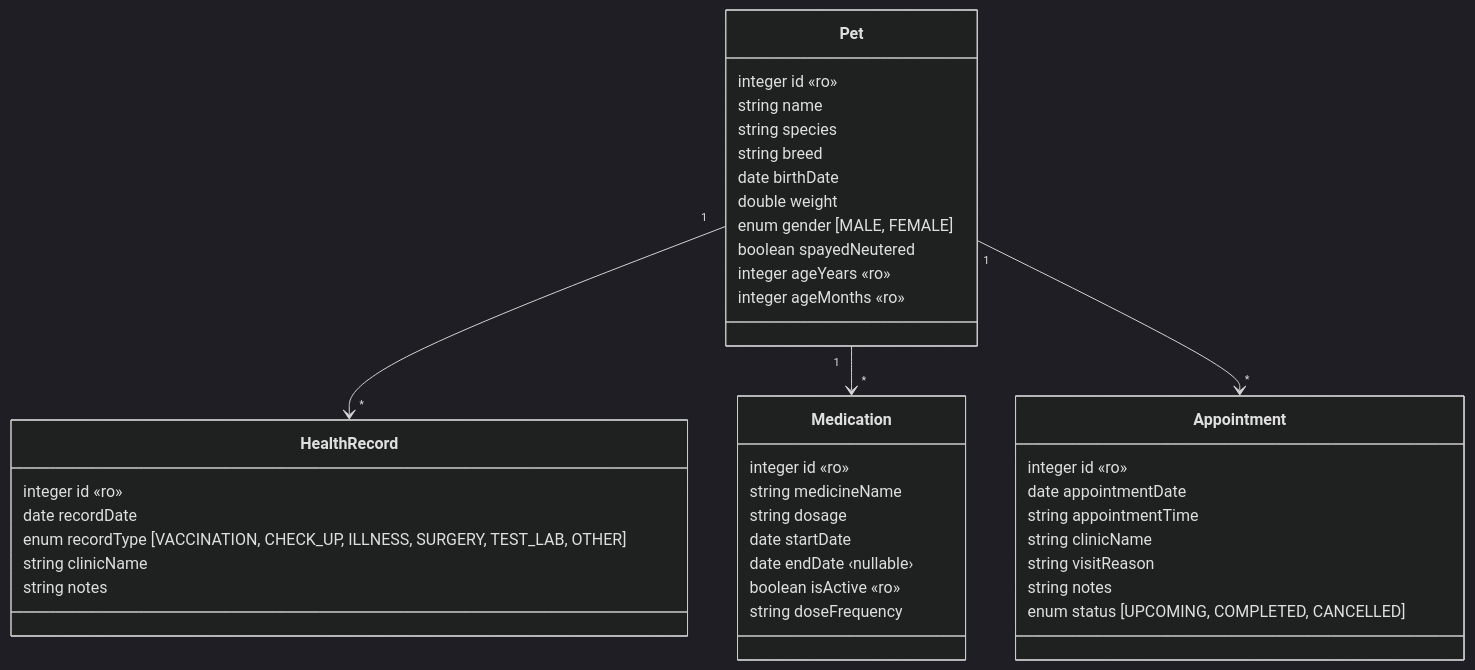
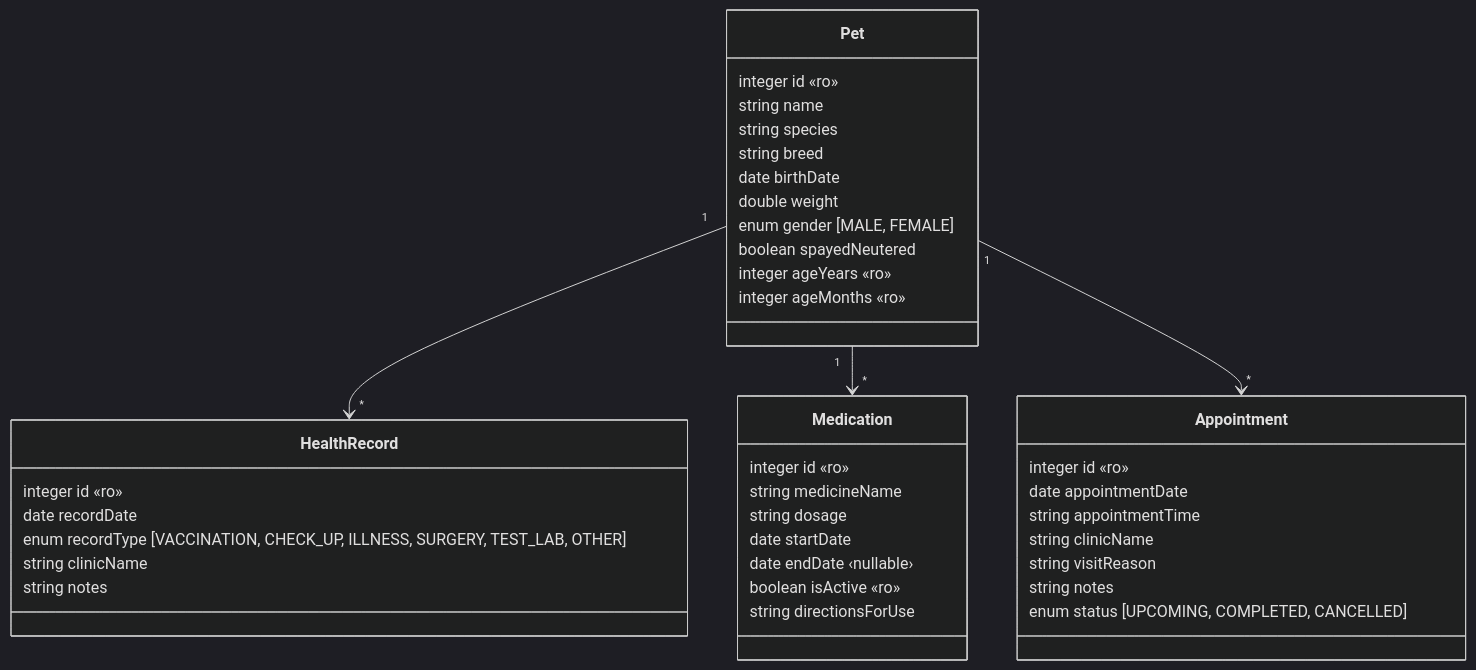
Before and after one commit to tobykpcheng/pet-health-tracker: the third of 3 diagrams in designs/api-design/pet-health-api-overview.md, drawn with Mermaid (dark theme). The commit also changed 7 other files, not shown here.

First line of the commit message:
Rename medication doseFrequency to directionsForUse

````diff
--- a/designs/api-design/pet-health-api-overview.md
+++ b/designs/api-design/pet-health-api-overview.md
@@ -85,43 +85,43 @@
 ```mermaid
 classDiagram
     class Pet {
         integer id «ro»
         string name
         string species
         string breed
         date birthDate
         double weight
         enum gender [MALE, FEMALE]
         boolean spayedNeutered
         integer ageYears «ro»
         integer ageMonths «ro»
     }
     class HealthRecord {
         integer id «ro»
         date recordDate
         enum recordType [VACCINATION, CHECK_UP, ILLNESS, SURGERY, TEST_LAB, OTHER]
         string clinicName
         string notes
     }
     class Medication {
         integer id «ro»
         string medicineName
         string dosage
         date startDate
         date endDate ‹nullable›
         boolean isActive «ro»
-        string doseFrequency
+        string directionsForUse
     }
     class Appointment {
         integer id «ro»
         date appointmentDate
         string appointmentTime
         string clinicName
         string visitReason
         string notes
         enum status [UPCOMING, COMPLETED, CANCELLED]
     }
     Pet "1" --> "*" HealthRecord
     Pet "1" --> "*" Medication
     Pet "1" --> "*" Appointment
 ```
````
